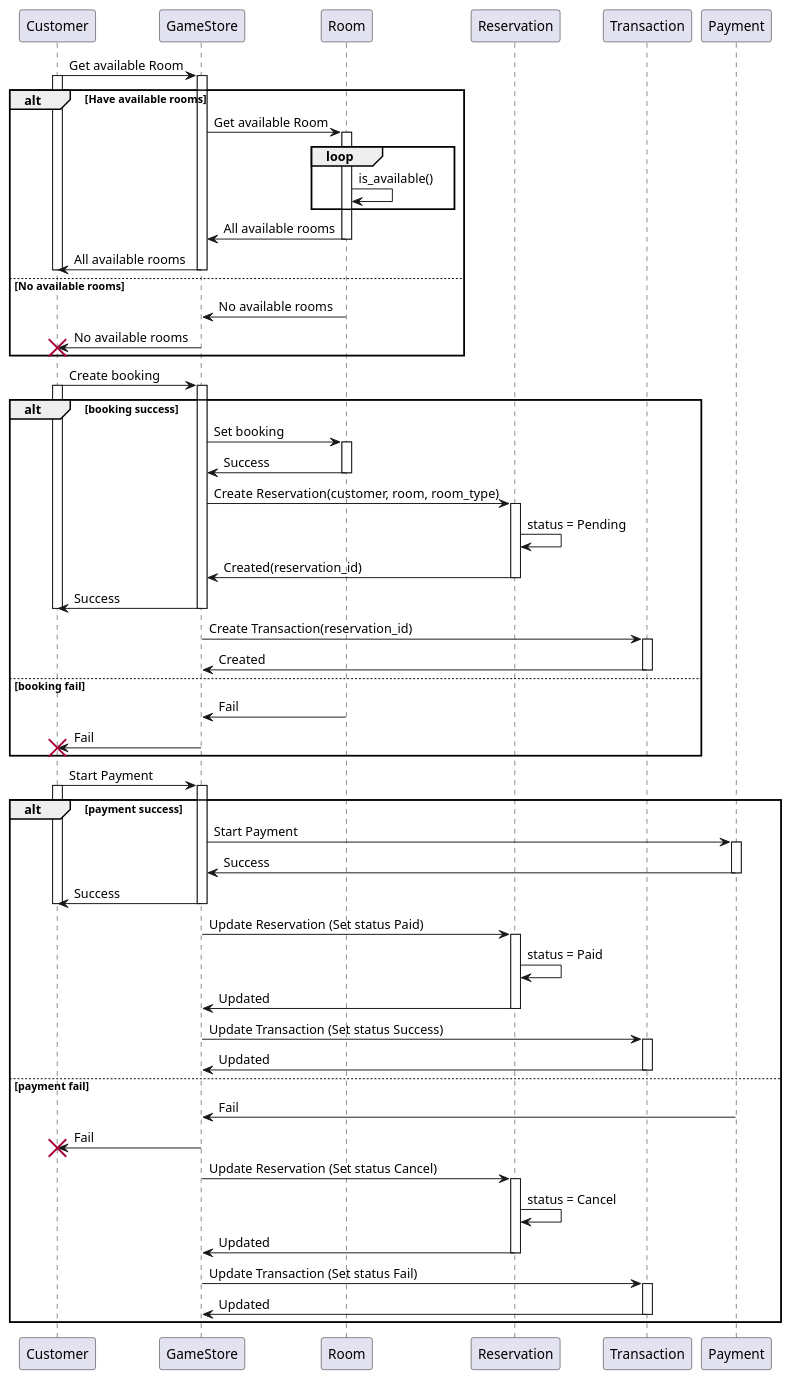
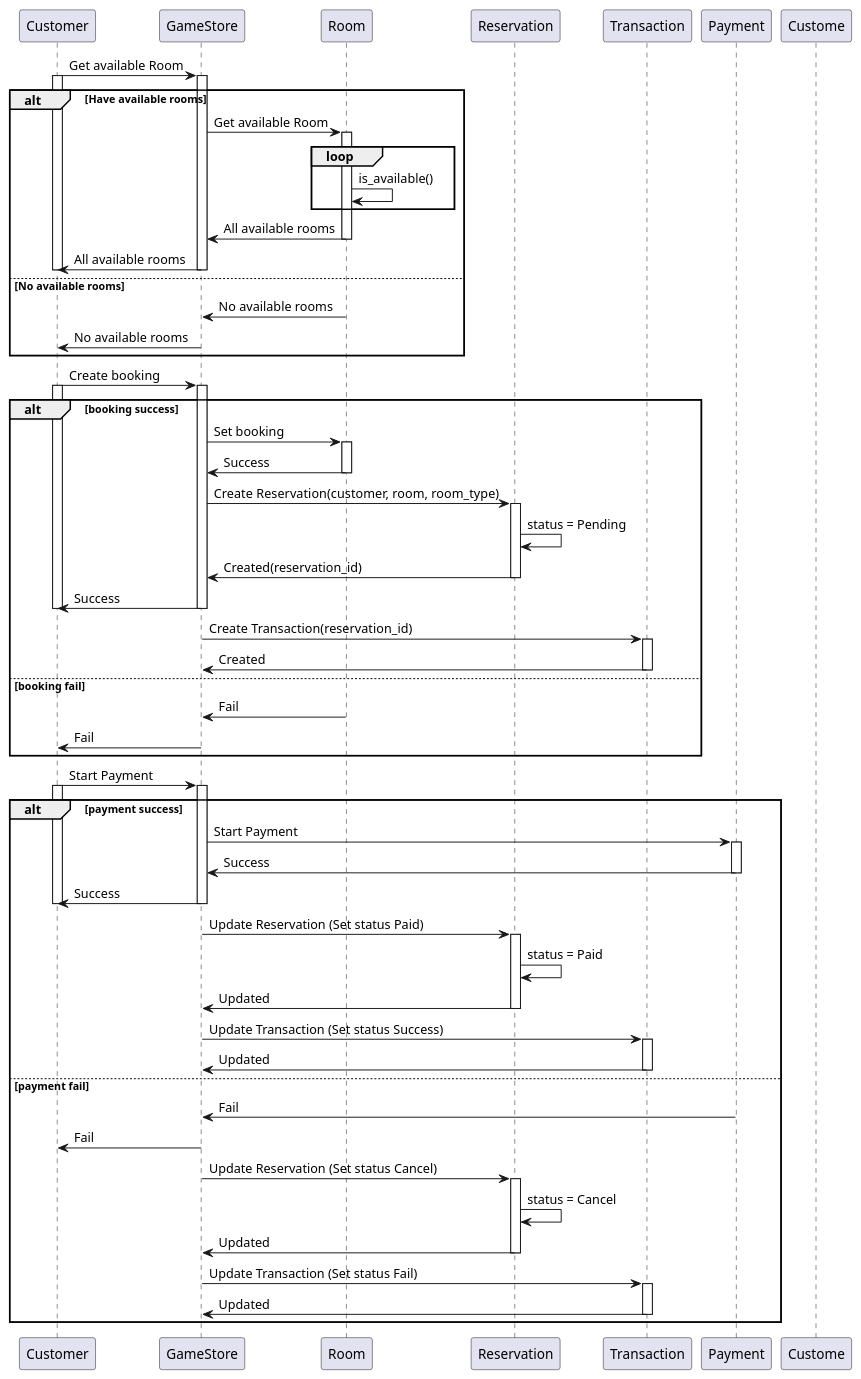
One commit to WaroonRagwongsiri/OOP_Project changed the diagram in sequence_diagram.puml. Above: the diagram before and after it, drawn with PlantUML.

Commit message:
remove destroy

```diff
--- a/sequence_diagram.puml
+++ b/sequence_diagram.puml
@@ -1,120 +1,113 @@
 @startuml UsecaseSequenceDiagram
 
 Customer -> GameStore : Get available Room
 activate Customer
 activate GameStore
 
 alt Have available rooms
 
 	GameStore -> Room : Get available Room
 	activate Room
 
 	loop
 		Room -> Room : is_available()
 	end
 
 	Room -> GameStore : All available rooms
 	deactivate Room
 
 	GameStore -> Customer : All available rooms
 	deactivate GameStore
 	deactivate Customer
 
 else No available rooms
 
 	Room -> GameStore : No available rooms
 	GameStore -> Customer : No available rooms
 	deactivate GameStore
 	deactivate Customer
-	
-	destroy Customer
 
 end
-
 
 Customer -> GameStore : Create booking
 activate Customer
 activate GameStore
 
 alt booking success
 
 	GameStore -> Room : Set booking
 	activate Room
 	Room -> GameStore : Success
 	deactivate Room
 
 	GameStore -> Reservation : Create Reservation(customer, room, room_type)
 	activate Reservation
 	Reservation -> Reservation : status = Pending
 	Reservation -> GameStore : Created(reservation_id)
 	deactivate Reservation
 
 	GameStore -> Customer : Success
 	deactivate GameStore
 	deactivate Customer
 
 	GameStore -> Transaction : Create Transaction(reservation_id)
 	activate Transaction
 	Transaction -> GameStore : Created
 	deactivate Transaction
 
 else booking fail
 
 	Room -> GameStore : Fail
 	GameStore -> Customer : Fail
 	deactivate GameStore
 	deactivate Customer
-	
-	destroy Customer
 
 end
 
 Customer -> GameStore : Start Payment
 activate Customer
 activate GameStore
 
 alt payment success
 
 	GameStore -> Payment : Start Payment
 	activate Payment
 	Payment -> GameStore : Success
 	deactivate Payment
 
 	GameStore -> Customer : Success
 	deactivate GameStore
 	deactivate Customer
 
 	GameStore -> Reservation : Update Reservation (Set status Paid)
 	activate Reservation
 	Reservation -> Reservation : status = Paid
 	Reservation -> GameStore : Updated
 	deactivate Reservation
 
 	GameStore -> Transaction : Update Transaction (Set status Success)
 	activate Transaction
 	Transaction -> GameStore : Updated
 	deactivate Transaction
 
 else payment fail
 
 	Payment -> GameStore : Fail
 	GameStore -> Customer : Fail
 	deactivate GameStore
-	deactivate Customer
-
-	destroy Customer
+	deactivate Custome
 
 	GameStore -> Reservation : Update Reservation (Set status Cancel)
 	activate Reservation
 	Reservation -> Reservation : status = Cancel
 	Reservation -> GameStore : Updated
 	deactivate Reservation
 
 	GameStore -> Transaction : Update Transaction (Set status Fail)
 	activate Transaction
 	Transaction -> GameStore : Updated
 	deactivate Transaction
 
 end
 
 @enduml
```
